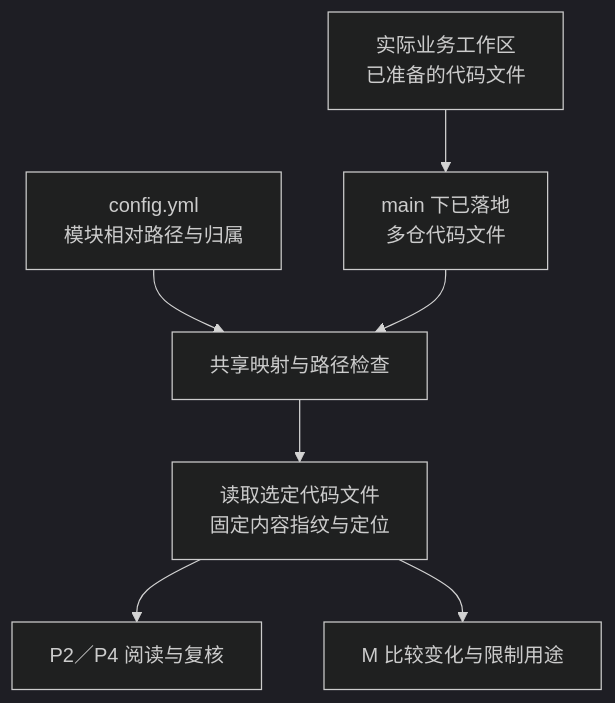
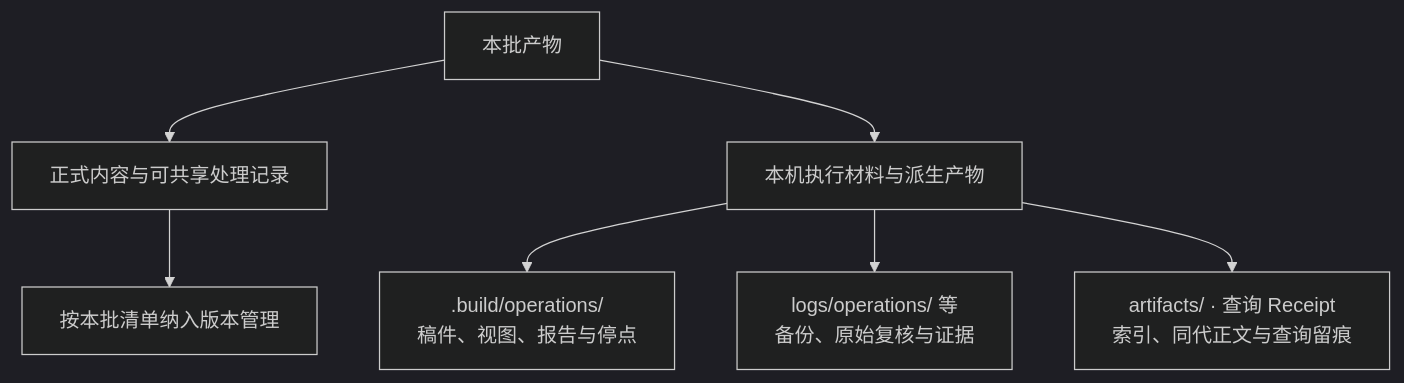
One commit to Robin-hhc/FactumCore changed diagram 25 of 25 in aiotbot-knowledge-wifi-mp/docs-llm-wiki/知识库详细设计.md. Above: the diagram before and after it, drawn with Mermaid (dark theme). The commit also changed other lines of this file and 5 other files, not shown here.

Commit message:
docs: simplify knowledge design and add diagrams

````diff
--- a/aiotbot-knowledge-wifi-mp/docs-llm-wiki/知识库详细设计.md
+++ b/aiotbot-knowledge-wifi-mp/docs-llm-wiki/知识库详细设计.md
@@ -896,9 +840,9 @@
 ```mermaid
 flowchart TD
-    VIEW["实际业务工作区<br/>已准备的代码文件"] --> CHECKOUT["main 下已落地<br/>多仓代码文件"]
-    CONFIG["config.yml<br/>模块相对路径与归属"] --> MAP["共享映射与路径检查"]
-    CHECKOUT --> MAP
-    MAP --> FILES["读取选定代码文件<br/>固定内容指纹与定位"]
-    FILES --> READ["P2／P4 阅读与复核"]
-    FILES --> CHANGE["M 比较变化与限制用途"]
+    OUTPUT["本批产物"] --> SHARED["正式内容与可共享处理记录"]
+    SHARED --> LIST["按本批清单纳入版本管理"]
+    OUTPUT --> LOCAL["本机执行材料与派生产物"]
+    LOCAL --> BUILD[".build/operations/<br/>稿件、视图、报告与停点"]
+    LOCAL --> LOG["logs/operations/ 等<br/>备份、原始复核与证据"]
+    LOCAL --> INDEX["artifacts/ · 查询 Receipt<br/>索引、同代正文与查询留痕"]
 ```
````
